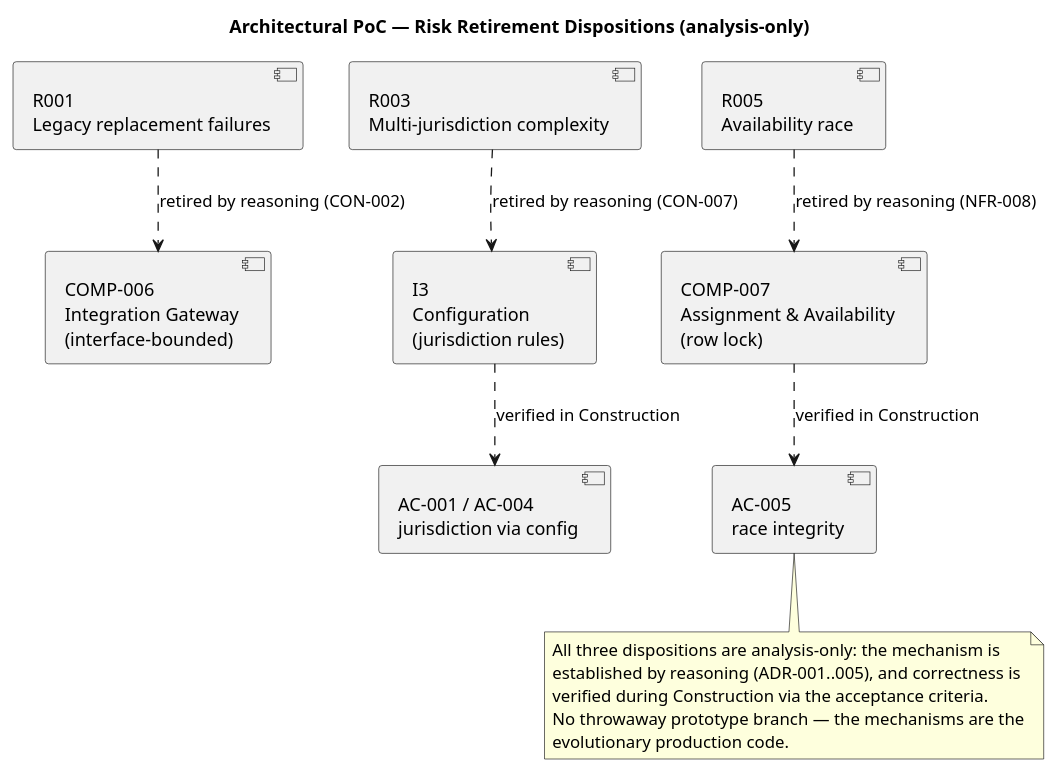
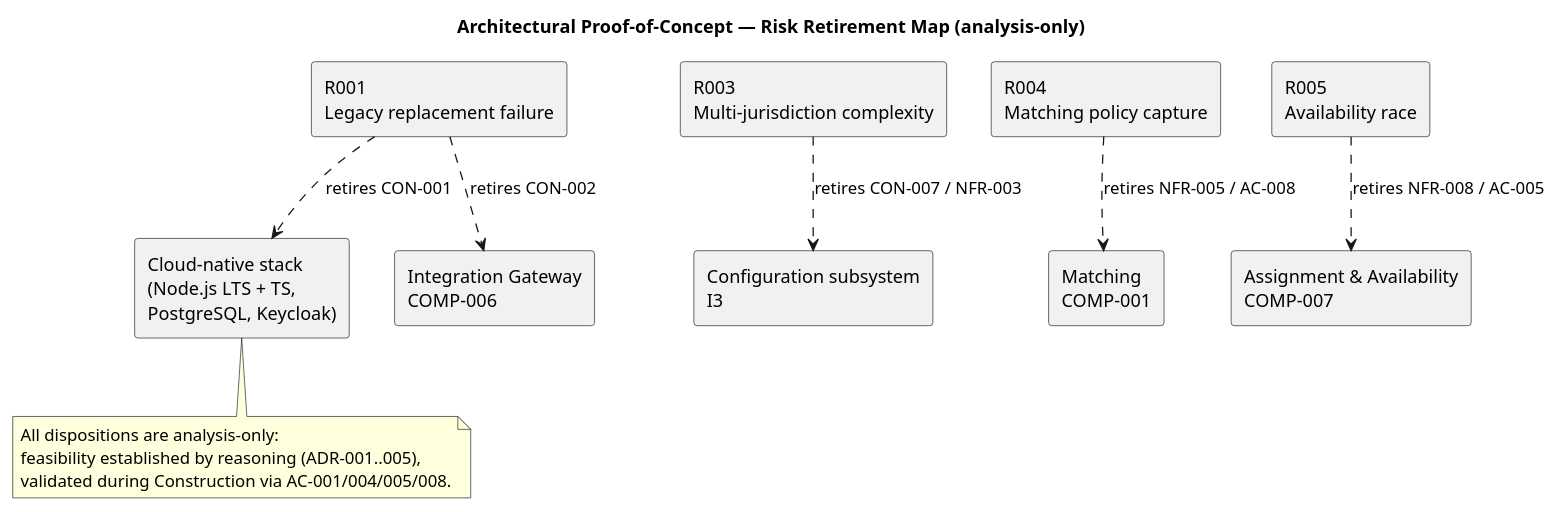
The diagram in docs/artifacts/analysis---design/architectural-proof-of-concept.md (banense-test/trademe), drawn with PlantUML before and after one commit. The commit also changed other lines of this file, not shown here.

First line of the commit message:
Software Architect [E2]: upsert Architectural Proof-of-Concept

````diff
--- a/docs/artifacts/analysis---design/architectural-proof-of-concept.md
+++ b/docs/artifacts/analysis---design/architectural-proof-of-concept.md
@@ -31,31 +30,29 @@
 ```plantuml
 @startuml
-title Architectural PoC — Risk Retirement Dispositions (analysis-only)
+skinparam componentStyle rectangle
+title Architectural Proof-of-Concept — Risk Retirement Map (analysis-only)
 
-component "R001\nLegacy replacement failures" as R1
+component "R001\nLegacy replacement failure" as R1
 component "R003\nMulti-jurisdiction complexity" as R3
+component "R004\nMatching policy capture" as R4
 component "R005\nAvailability race" as R5
 
-component "COMP-006\nIntegration Gateway\n(interface-bounded)" as C6
-component "I3\nConfiguration\n(jurisdiction rules)" as I3
-component "COMP-007\nAssignment & Availability\n(row lock)" as C7
+component "Cloud-native stack\n(Node.js LTS + TS,\nPostgreSQL, Keycloak)" as M1
+component "Integration Gateway\nCOMP-006" as M6
+component "Configuration subsystem\nI3" as M3
+component "Matching\nCOMP-001" as M4
+component "Assignment & Availability\nCOMP-007" as M7
 
-component "AC-001 / AC-004\njurisdiction via config" as AC1
-component "AC-005\nrace integrity" as AC5
+R1 ..> M1 : retires CON-001
+R1 ..> M6 : retires CON-002
+R3 ..> M3 : retires CON-007 / NFR-003
+R4 ..> M4 : retires NFR-005 / AC-008
+R5 ..> M7 : retires NFR-008 / AC-005
 
-R1 ..> C6 : retired by reasoning (CON-002)
-R3 ..> I3 : retired by reasoning (CON-007)
-R5 ..> C7 : retired by reasoning (NFR-008)
-
-I3 ..> AC1 : verified in Construction
-C7 ..> AC5 : verified in Construction
-
-note bottom
-  All three dispositions are analysis-only: the mechanism is
-  established by reasoning (ADR-001..005), and correctness is
-  verified during Construction via the acceptance criteria.
-  No throwaway prototype branch — the mechanisms are the
-  evolutionary production code.
+note bottom of M1
+  All dispositions are analysis-only:
+  feasibility established by reasoning (ADR-001..005),
+  validated during Construction via AC-001/004/005/008.
 end note
 @enduml
 ```
````
